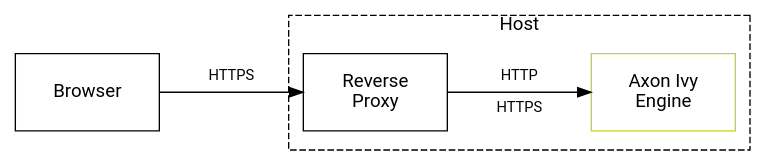
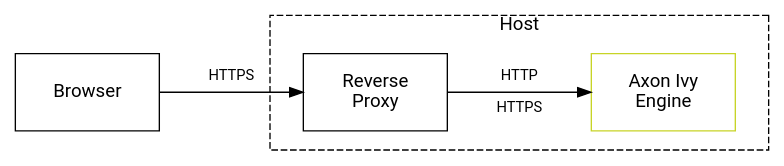
One commit to bernhardAxonIvy/doc changed the diagram in source/engine-guide/integration/reverse-proxy/secure-setup/same-host.dot. Above: the diagram before and after it, drawn with Graphviz. The commit also changed 1 other file, not shown here.

```diff
--- a/source/engine-guide/integration/reverse-proxy/secure-setup/same-host.dot
+++ b/source/engine-guide/integration/reverse-proxy/secure-setup/same-host.dot
@@ -1,19 +1,19 @@
 digraph overview {
   layout=neato;
   node [shape=box, fontname="Roboto,Helvetica Neue,Arial,sans-serif",margin=0.1, fixedsize="true"]; 
   
   /* nodes */
   browser      [label="Browser",                pos="0.0,2.5!", height="0.8", width="1.5"];
   reverseproxy [label="Reverse\nProxy",         pos="3.0,2.5!", height="0.8", width="1.5"];
   engine       [label="Axon Ivy\nEngine",       pos="6.0,2.5!", height="0.8", width="1.5", color="#C7D426", fontcolor="black"];
 
-  host         [label="Host",                   pos="4.5,2.6!", height="1.4", width="4.8", style="dashed", fontcolor="black", labelloc="t"];
+  host         [label="Host",                   pos="4.5,2.6!", height="1.4", width="5.2", style="dashed", fontcolor="black", labelloc="t"];
   
   /* edges */
   browser -> reverseproxy;
   reverseproxy -> engine;
 
   /* edge labels */
   browser_reverseproxy [label="HTTPS\n \n ",    pos="1.5,2.5!", height="0.8", width="1.7",shape=none,fillcolor=none,fontcolor="black",fontsize="11"];
   reverseproxy_engine  [label="HTTP\n \nHTTPS", pos="4.5,2.5!", height="0.8", width="1.7",shape=none,fillcolor=none,fontcolor="black",fontsize="11"];
 }
```
